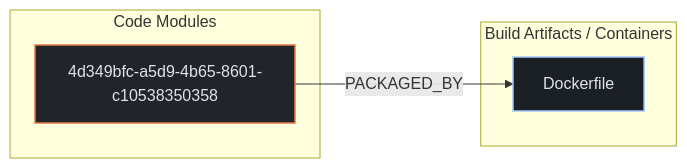
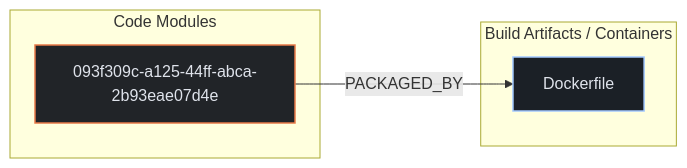
Before and after one commit to kumarshaz/atruss-code-atlas: the second of 3 diagrams in exports/latest/reports/hamvocke-spring-testing-report.md, drawn with Mermaid. The commit also changed other lines of this file and 27 other files, not shown here.

````diff
--- a/exports/latest/reports/hamvocke-spring-testing-report.md
+++ b/exports/latest/reports/hamvocke-spring-testing-report.md
@@ -118,15 +118,15 @@
 ```mermaid
 flowchart LR
     %% title: Code-to-Cloud Deployment Traceability
     classDef atlasCategory fill:#212428,stroke:#E87A48,stroke-width:1.5px,color:#dfe3eb
     classDef atlasWorkflow fill:#1b2026,stroke:#a3c9ff,stroke-width:1.5px,color:#dfe3eb
     classDef atlasJob fill:#171c22,stroke:#8d9199,stroke-width:1px,color:#dfe3eb
     classDef atlasTarget fill:#005227,stroke:#8bd99b,stroke-width:1.5px,color:#a7f6b6
     subgraph code_modules["Code Modules"]
-        mod_4d349bfc_a5d9_4b65_8601_c10538350358["4d349bfc-a5d9-4b65-8601-c10538350358"]:::atlasCategory
+        mod_093f309c_a125_44ff_abca_2b93eae07d4e["093f309c-a125-44ff-abca-2b93eae07d4e"]:::atlasCategory
     end
     subgraph build_artifacts["Build Artifacts / Containers"]
         art_Dockerfile["Dockerfile"]:::atlasWorkflow
     end
-    mod_4d349bfc_a5d9_4b65_8601_c10538350358 -->|PACKAGED_BY| art_Dockerfile
+    mod_093f309c_a125_44ff_abca_2b93eae07d4e -->|PACKAGED_BY| art_Dockerfile
 ```
````
